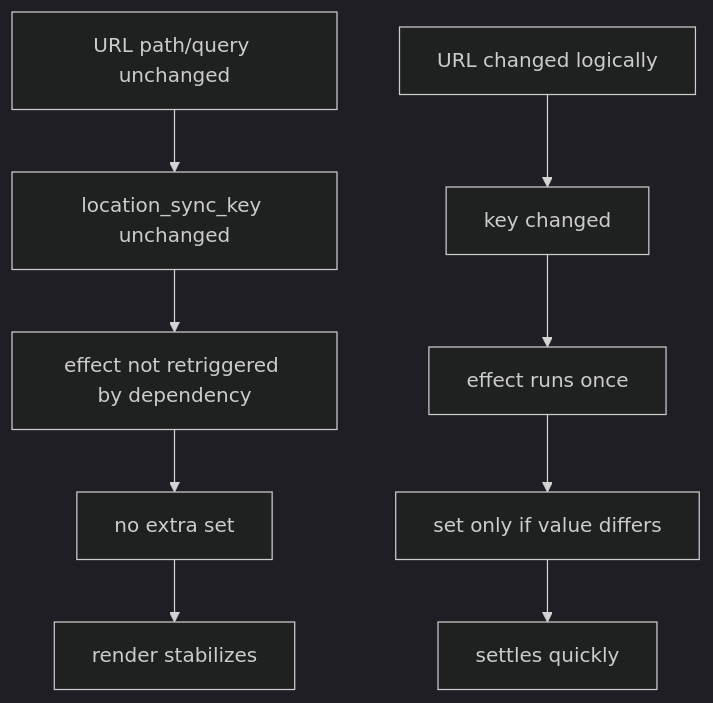
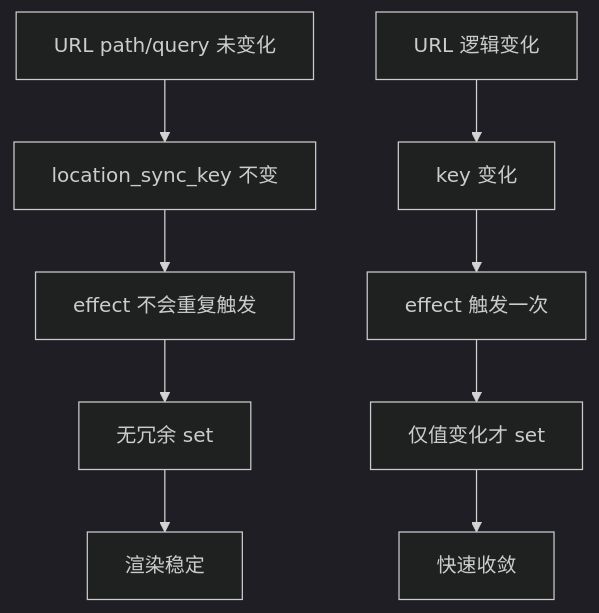
One commit to acking-you/static_flow changed the third of 3 diagrams in docs/frontend-infinite-loading-header-location-loop.md. Above: the diagram before and after it, drawn with Mermaid (dark theme). The commit also changed other lines of this file and 28 other files, not shown here.

First line of the commit message:
feat(article-summary-architect): add skill for generating bilingual article summaries

````diff
--- a/docs/frontend-infinite-loading-header-location-loop.md
+++ b/docs/frontend-infinite-loading-header-location-loop.md
@@ -284,12 +198,12 @@
 ```mermaid
 flowchart TD
-    A[URL path/query unchanged] --> B[location_sync_key unchanged]
-    B --> C[effect not retriggered by dependency]
-    C --> D[no extra set]
-    D --> E[render stabilizes]
+    A[URL path/query 未变化] --> B[location_sync_key 不变]
+    B --> C[effect 不会重复触发]
+    C --> D[无冗余 set]
+    D --> E[渲染稳定]
 
-    A2[URL changed logically] --> B2[key changed]
-    B2 --> C2[effect runs once]
-    C2 --> D2[set only if value differs]
-    D2 --> E2[settles quickly]
+    A2[URL 逻辑变化] --> B2[key 变化]
+    B2 --> C2[effect 触发一次]
+    C2 --> D2[仅值变化才 set]
+    D2 --> E2[快速收敛]
 ```
````
